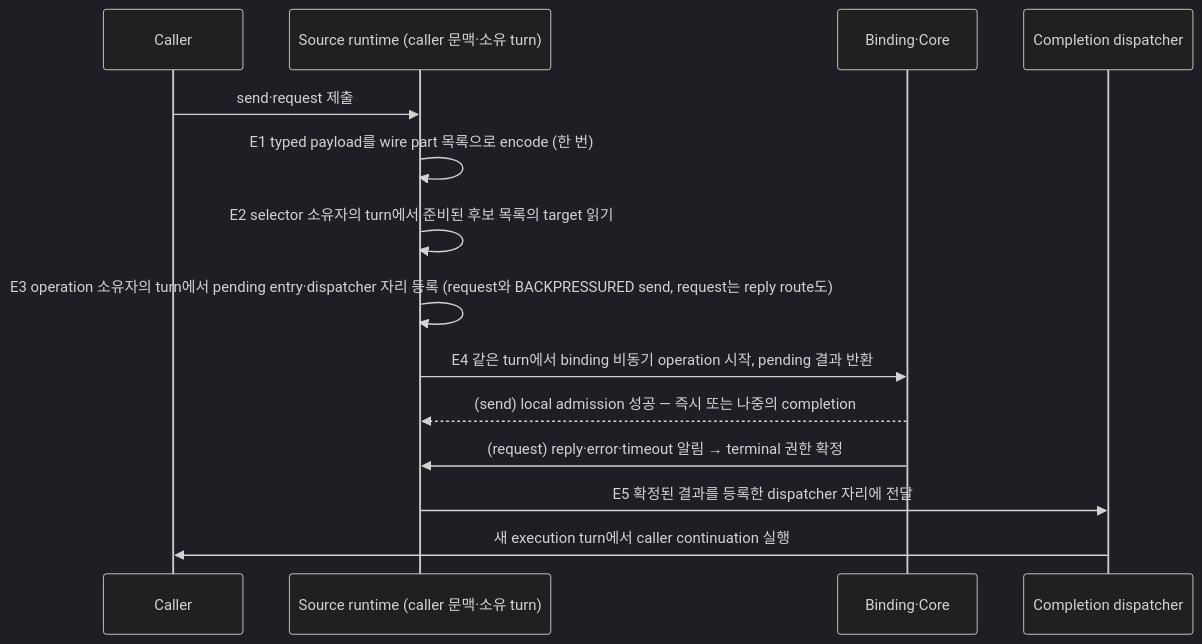
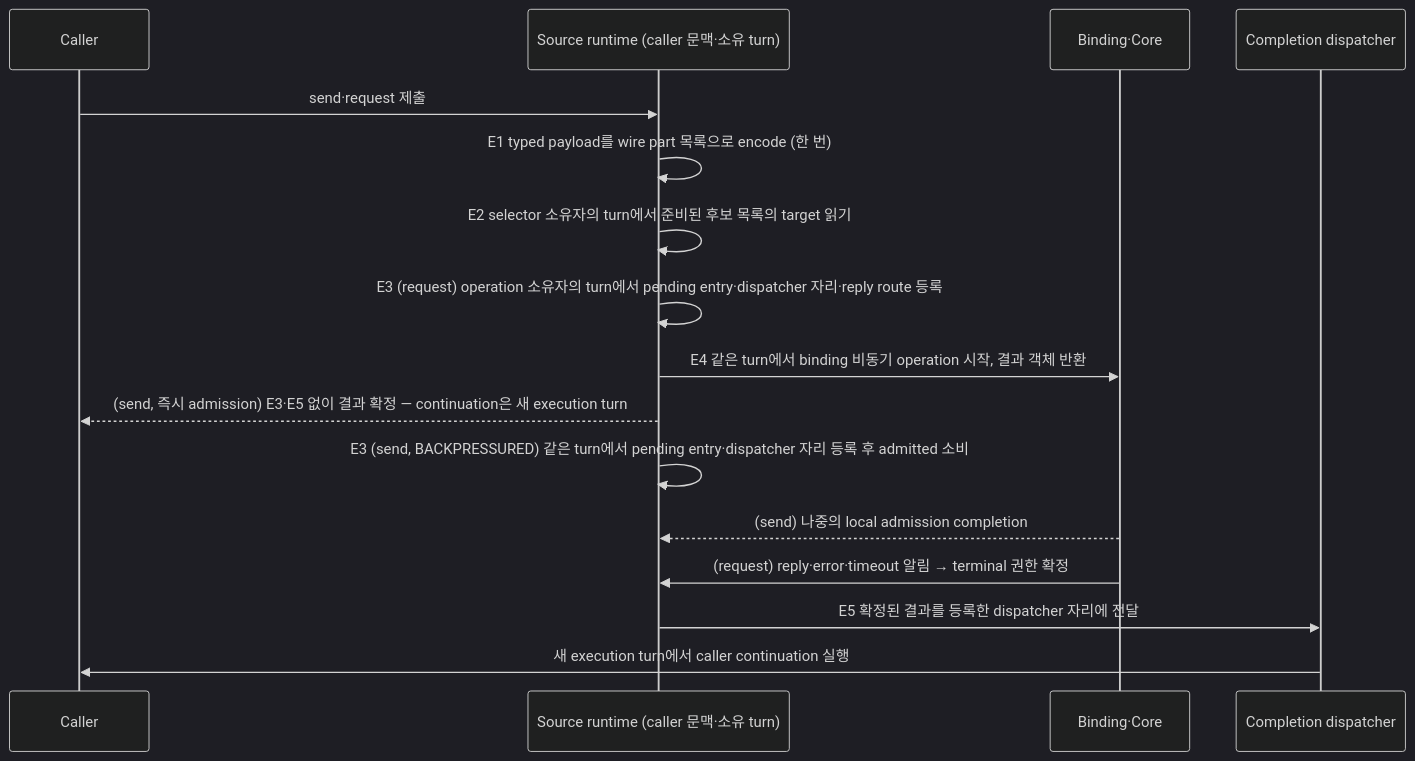
Before and after one commit to zlink-systems/zlink: the first of 2 diagrams in framework/doc/framework/common/spec/server/01-execution/08-messaging-hot-path.ko.md, drawn with Mermaid (dark theme). The commit also changed other lines of this file and 3 other files, not shown here.

First line of the commit message:
spec(framework): own immediate send completion in submit-and-completion §10

````diff
--- a/framework/doc/framework/common/spec/server/01-execution/08-messaging-hot-path.ko.md
+++ b/framework/doc/framework/common/spec/server/01-execution/08-messaging-hot-path.ko.md
@@ -74,17 +74,19 @@
 ```mermaid
 sequenceDiagram
     participant C as Caller
     participant R as Source runtime (caller 문맥·소유 turn)
     participant B as Binding·Core
     participant D as Completion dispatcher
 
     C->>R: send·request 제출
     R->>R: E1 typed payload를 wire part 목록으로 encode (한 번)
     R->>R: E2 selector 소유자의 turn에서 준비된 후보 목록의 target 읽기
-    R->>R: E3 operation 소유자의 turn에서 pending entry·dispatcher 자리 등록 (request와 BACKPRESSURED send, request는 reply route도)
-    R->>B: E4 같은 turn에서 binding 비동기 operation 시작, pending 결과 반환
-    B-->>R: (send) local admission 성공 — 즉시 또는 나중의 completion
+    R->>R: E3 (request) operation 소유자의 turn에서 pending entry·dispatcher 자리·reply route 등록
+    R->>B: E4 같은 turn에서 binding 비동기 operation 시작, 결과 객체 반환
+    R-->>C: (send, 즉시 admission) E3·E5 없이 결과 확정 — continuation은 새 execution turn
+    R->>R: E3 (send, BACKPRESSURED) 같은 turn에서 pending entry·dispatcher 자리 등록 후 admitted 소비
+    B-->>R: (send) 나중의 local admission completion
     B->>R: (request) reply·error·timeout 알림 → terminal 권한 확정
     R->>D: E5 확정된 결과를 등록한 dispatcher 자리에 전달
     D->>C: 새 execution turn에서 caller continuation 실행
 ```
````
